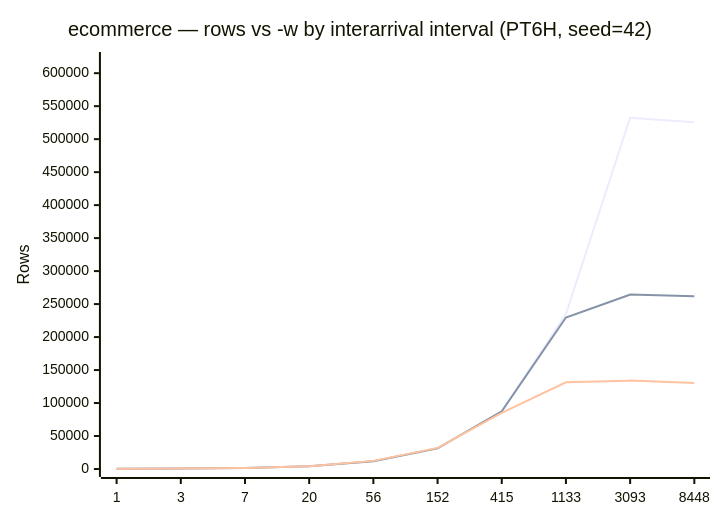
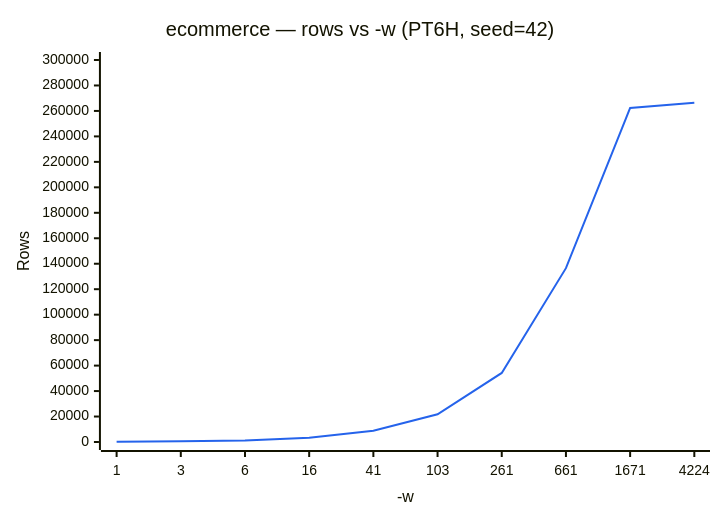
Before and after one commit to implydata/imply-eventgenerator: the fifth of 5 diagrams in docs/presets/ecommerce.md, drawn with Mermaid. The commit also changed other lines of this file and 6 other files, not shown here.

````diff
--- a/docs/presets/ecommerce.md
+++ b/docs/presets/ecommerce.md
@@ -208,9 +193,8 @@
 ```mermaid
+%%{init: {'themeVariables': {'xyChart': {'plotColorPalette': '#2563eb'}}}}%%
 xychart-beta
-    title "ecommerce — rows vs -w by interarrival interval (PT6H, seed=42)"
-    x-axis [1, 3, 7, 20, 56, 152, 415, 1133, 3093, 8448]
-    y-axis "Rows" 0 --> 620000
-    line [197, 601, 1458, 4285, 11708, 31825, 86819, 234991, 532345, 525774]
-    line [198, 628, 1392, 4056, 11923, 31217, 87414, 229624, 264361, 262022]
-    line [198, 641, 1565, 4072, 12312, 32013, 85211, 131340, 134027, 130399]
+    title "ecommerce — rows vs -w (PT6H, seed=42)"
+    x-axis "-w" [1, 3, 6, 16, 41, 103, 261, 661, 1671, 4224]
+    y-axis "Rows" 0 --> 300000
+    line [198, 610, 1263, 3277, 8782, 21749, 54235, 136514, 262321, 266378]
 ```
````
